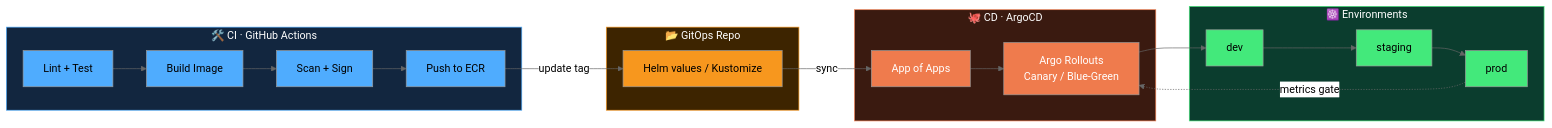
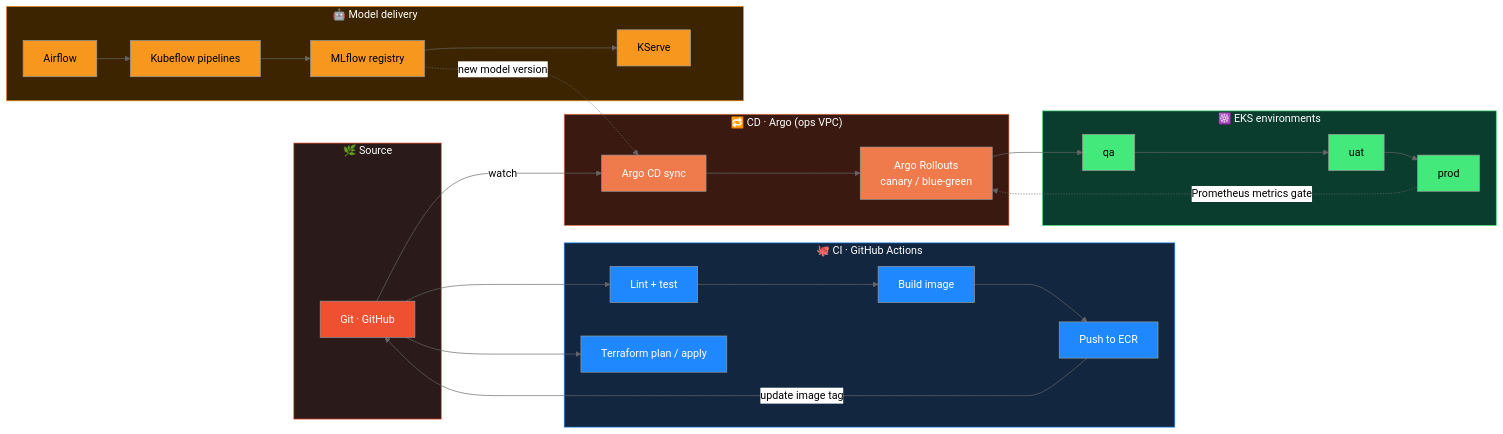
Before and after one commit to muntaha747/FinTech-Enterprise-Project: the ninth of 25 diagrams in README.md, drawn with Mermaid (neutral theme). The commit also changed other lines of this file and 1 other file, not shown here.

First line of the commit message:
README: align the whole README with the two architecture diagrams [skip ci]

````diff
--- a/README.md
+++ b/README.md
@@ -784,29 +602,38 @@
 ```mermaid
 flowchart LR
-    subgraph CI["🛠️ CI · GitHub Actions"]
-        A1[Lint + Test]:::ci --> A2[Build Image]:::ci --> A3[Scan + Sign]:::ci --> A4[Push to ECR]:::ci
+    subgraph SRC["🌿 Source"]
+        G[Git · GitHub]:::s
     end
-    subgraph GO["📂 GitOps Repo"]
-        B1[Helm values / Kustomize]:::git
+    subgraph CI["🐙 CI · GitHub Actions"]
+        T[Lint + test]:::ci --> B[Build image]:::ci --> P[Push to ECR]:::ci
+        TF[Terraform plan / apply]:::ci
     end
-    subgraph CD["🐙 CD · ArgoCD"]
-        C1[App of Apps]:::cd --> C2[Argo Rollouts<br/>Canary / Blue-Green]:::cd
+    subgraph CD["🔁 CD · Argo (ops VPC)"]
+        A[Argo CD sync]:::cd --> R[Argo Rollouts<br/>canary / blue-green]:::cd
     end
-    subgraph ENV["☸️ Environments"]
-        D1[dev]:::env --> D2[staging]:::env --> D3[prod]:::env
+    subgraph ENV["☸️ EKS environments"]
+        Q[qa]:::env --> U[uat]:::env --> PR[prod]:::env
+    end
+    subgraph ML["🤖 Model delivery"]
+        AF[Airflow]:::ml --> KF[Kubeflow pipelines]:::ml --> MF[MLflow registry]:::ml --> KS[KServe]:::ml
     end
 
-    A4 -->|update tag| B1
-    B1 -->|sync| C1
-    C2 --> D1
-    D3 -.->|metrics gate| C2
+    G --> T
+    G --> TF
+    P -->|update image tag| G
+    G -->|watch| A
+    R --> Q
+    PR -.->|Prometheus metrics gate| R
+    MF -.->|new model version| A
 
-    classDef ci fill:#4facfe,color:#000
-    classDef git fill:#f7971e,color:#000
+    classDef s fill:#f05032,color:#fff
+    classDef ci fill:#2088ff,color:#fff
     classDef cd fill:#ef7b4d,color:#fff
     classDef env fill:#43e97b,color:#000
-    style CI fill:#12263f,stroke:#4facfe,color:#fff
-    style GO fill:#3d2400,stroke:#f7971e,color:#fff
+    classDef ml fill:#f7971e,color:#000
+    style SRC fill:#2b1a1a,stroke:#f05032,color:#fff
+    style CI fill:#12263f,stroke:#2088ff,color:#fff
     style CD fill:#3a1a10,stroke:#ef7b4d,color:#fff
     style ENV fill:#0b3d2e,stroke:#43e97b,color:#fff
+    style ML fill:#3d2400,stroke:#f7971e,color:#fff
 ```
````
